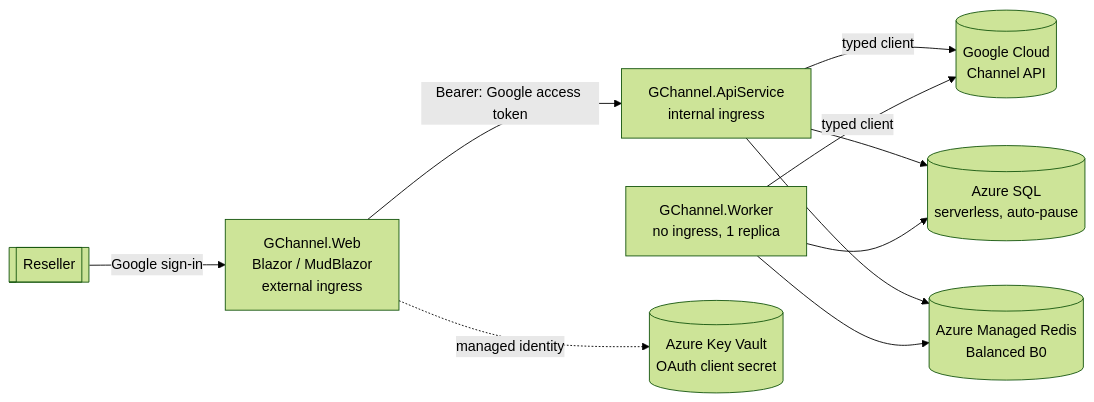
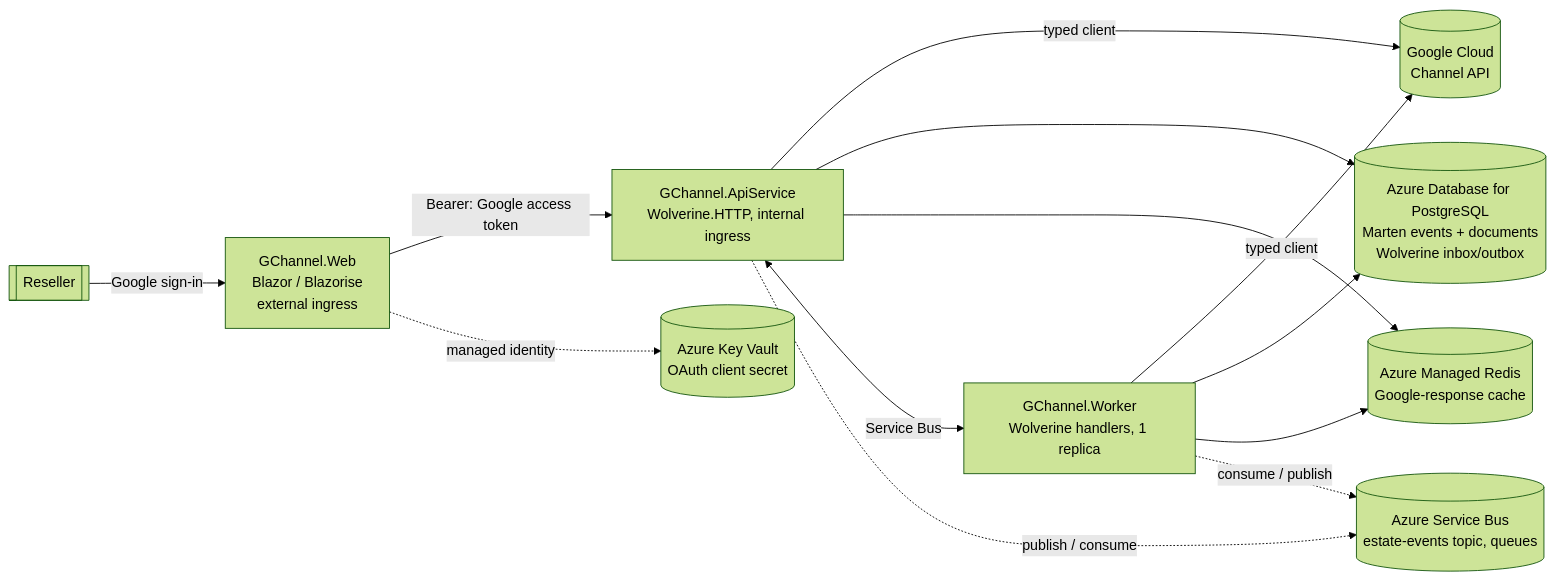
Before and after one commit to tdsnxnielsen-mikkelbach/GChannel: the diagram in docs/architecture.md, drawn with Mermaid (forest theme). The commit also changed other lines of this file and 5 other files, not shown here.

Commit message:
Docs: describe the Critter Stack platform (Marten/Wolverine on PostgreSQL + Service Bus) and the Blazorise UI

````diff
--- a/docs/architecture.md
+++ b/docs/architecture.md
@@ -34,12 +40,15 @@
 ```mermaid
 flowchart LR
-    User[[Reseller]] -- Google sign-in --> Web[GChannel.Web<br/>Blazor / MudBlazor<br/>external ingress]
-    Web -- Bearer: Google access token --> Api[GChannel.ApiService<br/>internal ingress]
+    User[[Reseller]] -- Google sign-in --> Web[GChannel.Web<br/>Blazor / Blazorise<br/>external ingress]
+    Web -- Bearer: Google access token --> Api[GChannel.ApiService<br/>Wolverine.HTTP, internal ingress]
     Api -- typed client --> Google[(Google Cloud<br/>Channel API)]
-    Worker[GChannel.Worker<br/>no ingress, 1 replica] -- typed client --> Google
-    Api --> Sql[(Azure SQL<br/>serverless, auto-pause)]
-    Api --> Redis[(Azure Managed Redis<br/>Balanced B0)]
-    Worker --> Sql
+    Worker[GChannel.Worker<br/>Wolverine handlers, 1 replica] -- typed client --> Google
+    Api --> Pg[(Azure Database for PostgreSQL<br/>Marten events + documents<br/>Wolverine inbox/outbox)]
+    Api --> Redis[(Azure Managed Redis<br/>Google-response cache)]
+    Api <-- Service Bus --> Worker
+    Worker --> Pg
     Worker --> Redis
+    Api -. publish / consume .-> Sb[(Azure Service Bus<br/>estate-events topic, queues)]
+    Worker -. consume / publish .-> Sb
     Web -. managed identity .-> Kv[(Azure Key Vault<br/>OAuth client secret)]
 ```
````
